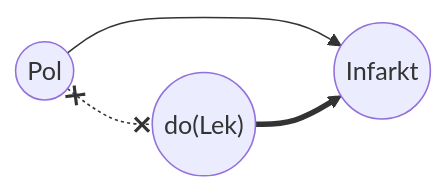
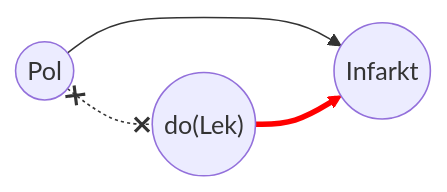
The second of 5 diagrams in myblog/posts/sr/kauzalno-zakljucivanje/index.qmd (nikola-grubor/nikola-grubor.github.io), drawn with Mermaid before and after one commit. The commit also changed other lines of this file and 13 other files, not shown here.

````diff
--- a/myblog/posts/sr/kauzalno-zakljucivanje/index.qmd
+++ b/myblog/posts/sr/kauzalno-zakljucivanje/index.qmd
@@ -212,10 +212,11 @@
 ```{mermaid}
 %%| label: fig-backdoor-adj
-%%| fig-cap: "Something."
+%%| fig-cap: "Fiksiranjem, tj. brisanjem strelice iz `Pol` u `Lek` smo uklonili uticaj konfaundera na `Lek`. Sada svaka promena u `Infarktu` uslovljena promenom `Leka` odgovara kauzalnom efektu `Leka`."
 
 flowchart LR
   Z((Pol)) --> Y
   Z((Pol)) x-.-x X
   X(("do(Lek)")) ==> Y((Infarkt))
+  linkStyle 2 stroke:red
   
 ```
````
